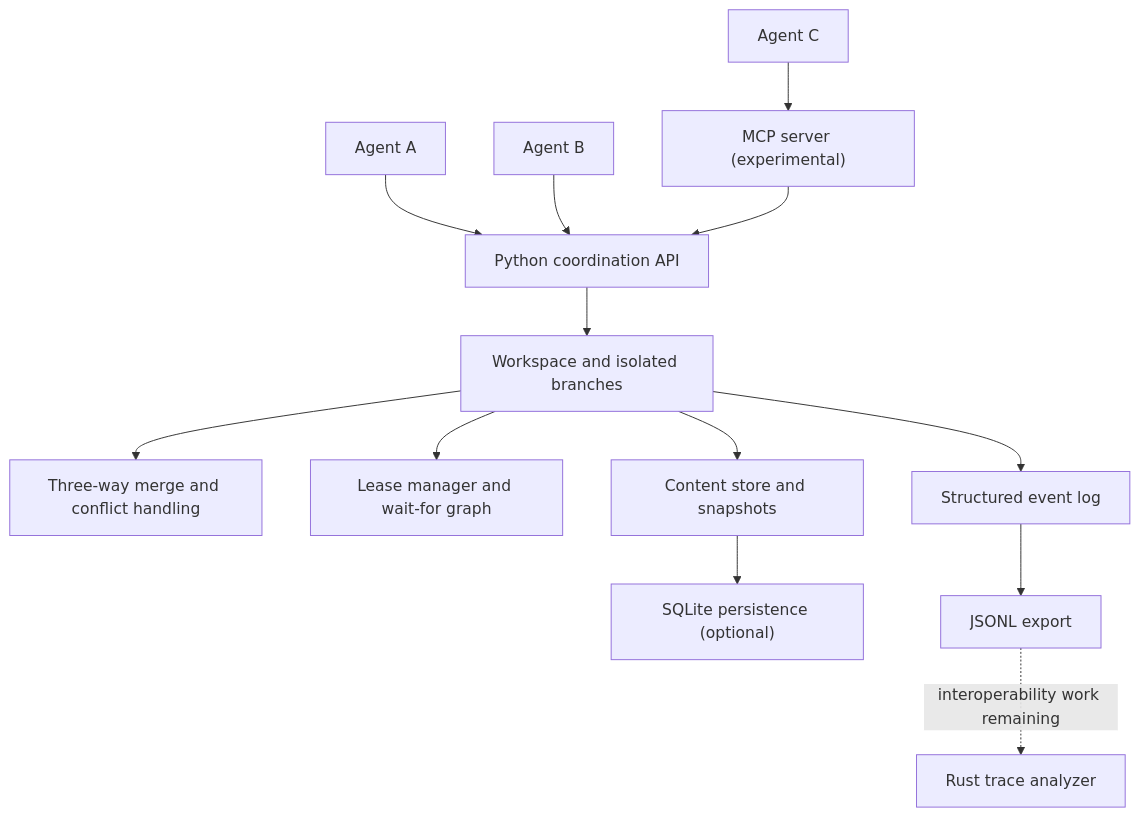
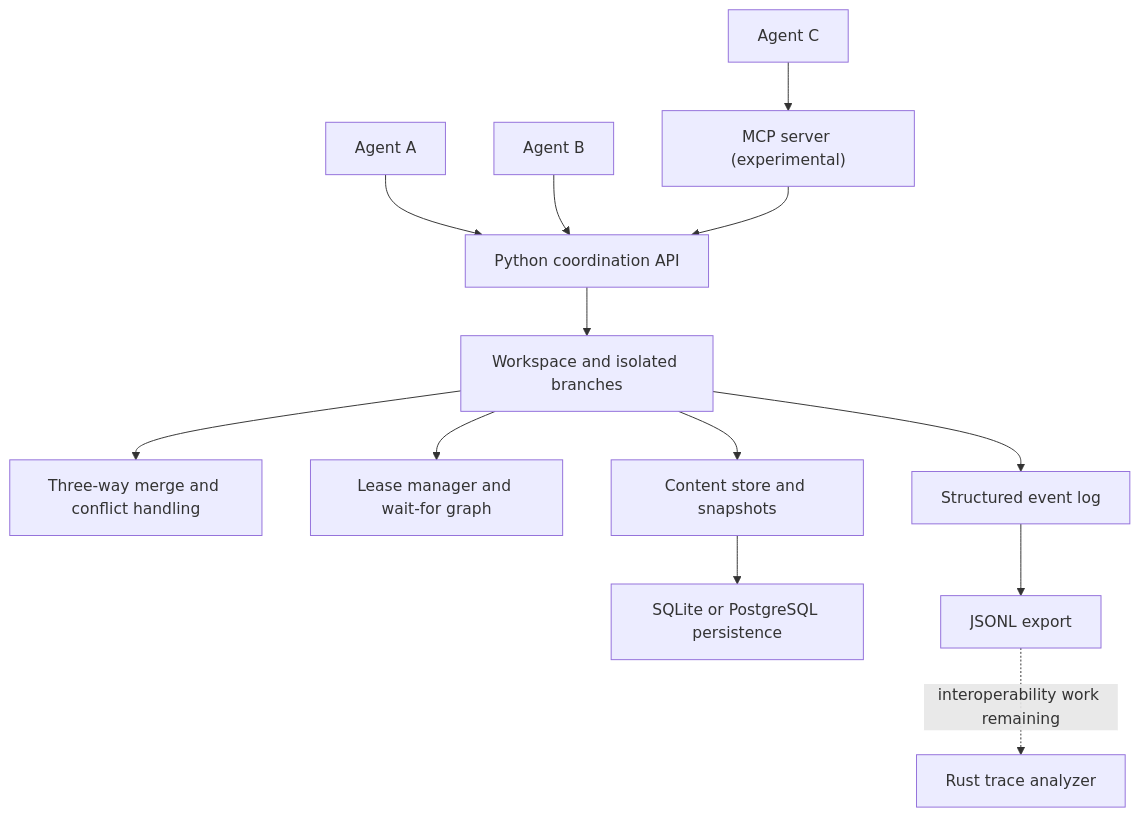
Before and after one commit to chrismsmr-celcom/ActRun: the diagram in README.md, drawn with Mermaid. The commit also changed other lines of this file and 2 other files, not shown here.

````diff
--- a/README.md
+++ b/README.md
@@ -232,15 +232,15 @@
 ```mermaid
 flowchart TD
     A1["Agent A"] --> SDK["Python coordination API"]
     A2["Agent B"] --> SDK
     A3["Agent C"] --> MCP["MCP server (experimental)"]
     MCP --> SDK
     SDK --> WS["Workspace and isolated branches"]
     WS --> MERGE["Three-way merge and conflict handling"]
     WS --> LEASE["Lease manager and wait-for graph"]
     WS --> LOG["Structured event log"]
     WS --> STORE["Content store and snapshots"]
-    STORE --> DB["SQLite persistence (optional)"]
+    STORE --> DB["SQLite or PostgreSQL persistence"]
     LOG --> JSONL["JSONL export"]
     JSONL -. "interoperability work remaining" .-> RUST["Rust trace analyzer"]
 ```
````
